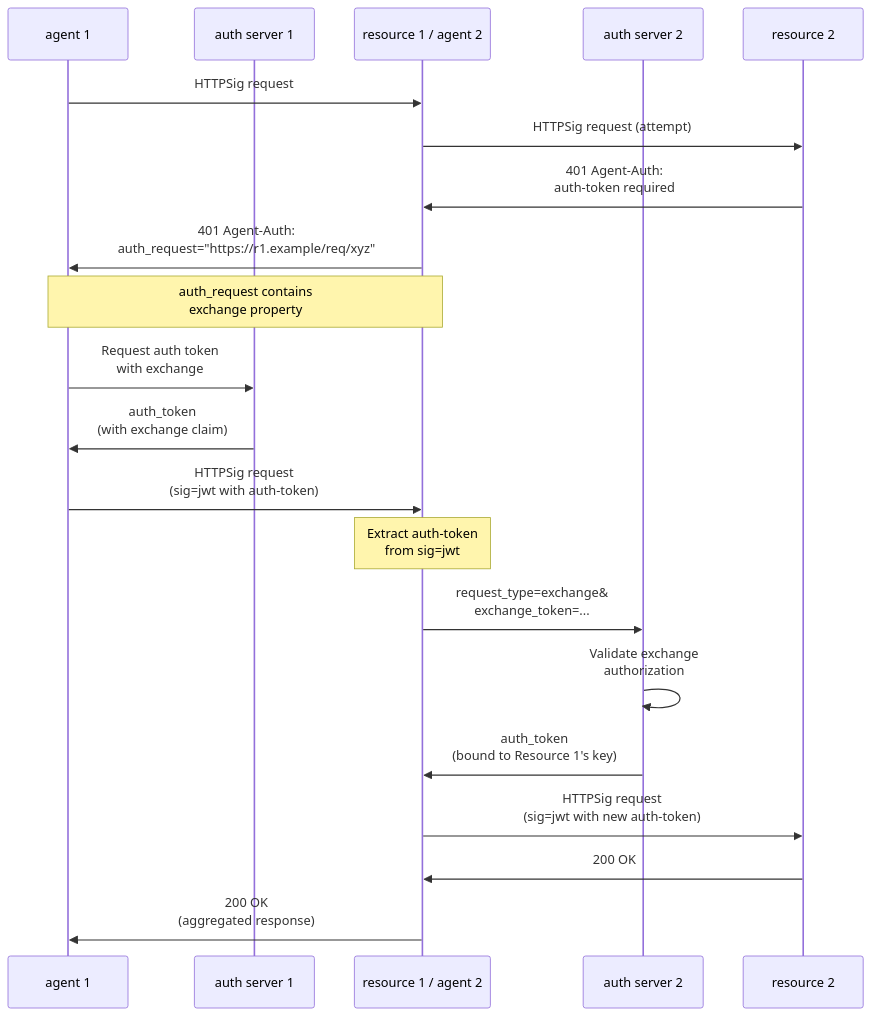
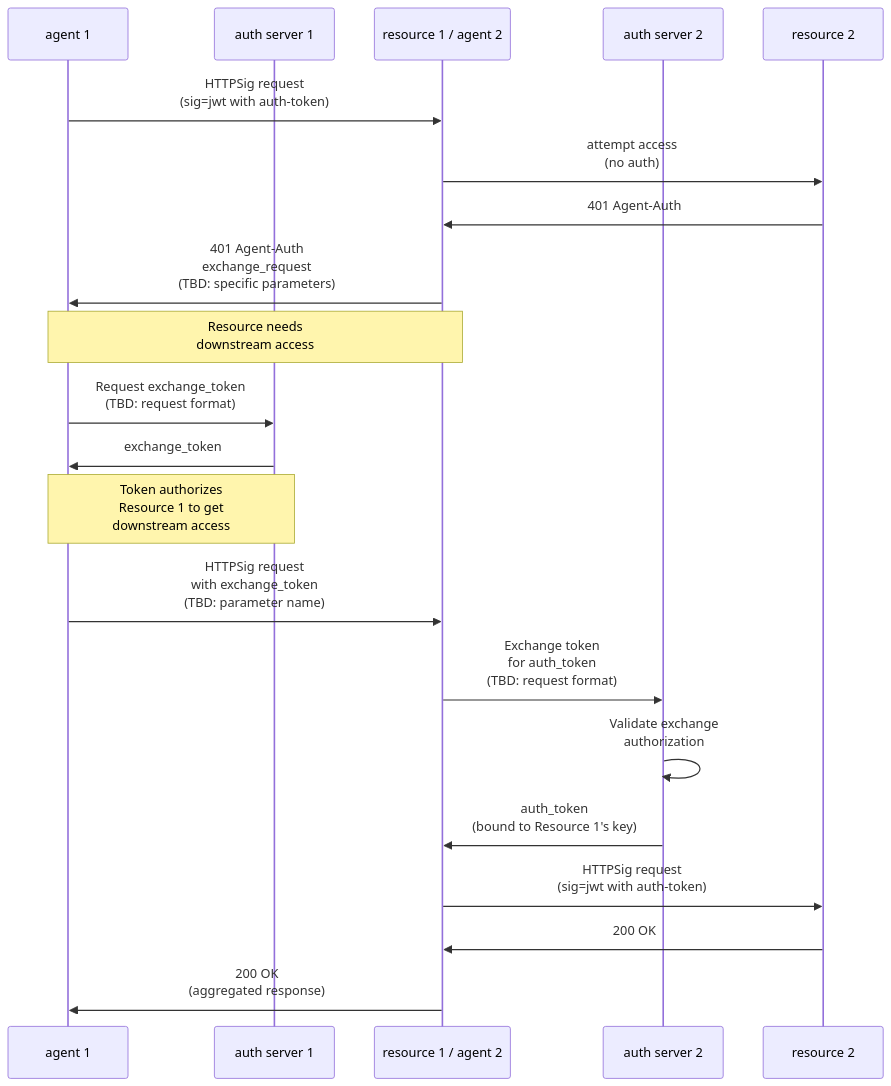
One commit to dickhardt/agent-auth changed the eighth of 9 diagrams in README.md. Above: the diagram before and after it, drawn with Mermaid. The commit also changed other lines of this file, not shown here.

First line of the commit message:
Make token exchange a placeholder (TBD future spec)

````diff
--- a/README.md
+++ b/README.md
@@ -333,30 +335,30 @@
 ```mermaid
 sequenceDiagram
     participant Agent1 as agent 1
     participant Auth1 as auth server 1
     participant Resource1 as resource 1 / agent 2
     participant Auth2 as auth server 2
     participant Resource2 as resource 2
 
-    Agent1->>Resource1: HTTPSig request
-    Resource1->>Resource2: HTTPSig request (attempt)
-    Resource2->>Resource1: 401 Agent-Auth:<br/>auth-token required
+    Agent1->>Resource1: HTTPSig request<br/>(sig=jwt with auth-token)
+    Resource1->>Resource2: attempt access<br/>(no auth)
+    Resource2->>Resource1: 401 Agent-Auth
 
-    Resource1->>Agent1: 401 Agent-Auth:<br/>auth_request="https://r1.example/req/xyz"
-    Note over Resource1,Agent1: auth_request contains<br/>exchange property
+    Resource1->>Agent1: 401 Agent-Auth<br/>exchange_request<br/>(TBD: specific parameters)
+    Note over Resource1,Agent1: Resource needs<br/>downstream access
 
-    Agent1->>Auth1: Request auth token<br/>with exchange
-    Auth1->>Agent1: auth_token<br/>(with exchange claim)
+    Agent1->>Auth1: Request exchange_token<br/>(TBD: request format)
+    Auth1->>Agent1: exchange_token
+    Note over Auth1,Agent1: Token authorizes<br/>Resource 1 to get<br/>downstream access
 
-    Agent1->>Resource1: HTTPSig request<br/>(sig=jwt with auth-token)
-    Note over Resource1: Extract auth-token<br/>from sig=jwt
+    Agent1->>Resource1: HTTPSig request<br/>with exchange_token<br/>(TBD: parameter name)
 
-    Resource1->>Auth2: request_type=exchange&<br/>exchange_token=...
+    Resource1->>Auth2: Exchange token<br/>for auth_token<br/>(TBD: request format)
     Auth2->>Auth2: Validate exchange<br/>authorization
     Auth2->>Resource1: auth_token<br/>(bound to Resource 1's key)
 
-    Resource1->>Resource2: HTTPSig request<br/>(sig=jwt with new auth-token)
+    Resource1->>Resource2: HTTPSig request<br/>(sig=jwt with auth-token)
     Resource2->>Resource1: 200 OK
 
     Resource1->>Agent1: 200 OK<br/>(aggregated response)
 ```
````
